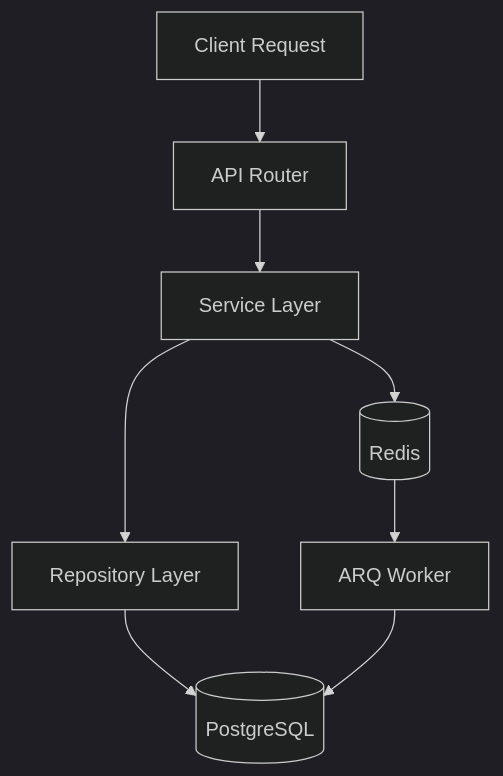
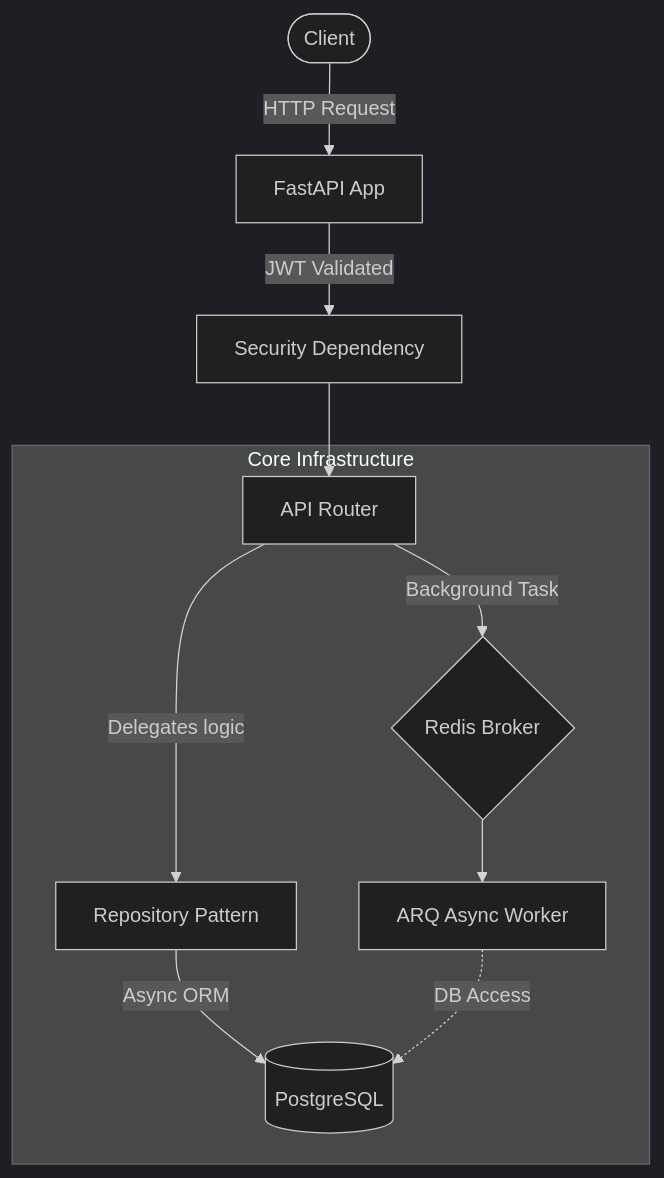
Before and after one commit to Khanz9664/FastAPI-Project-Starter: the diagram in README.md, drawn with Mermaid (dark theme).

Commit message:
Revise architecture diagram in README
Updated the architecture diagram to reflect changes in the request flow and components.

````diff
--- a/README.md
+++ b/README.md
@@ -111,21 +111,14 @@
 ```mermaid
-flowchart TD
-
-Client[Client Request]
-Router[API Router]
-Service[Service Layer]
-Repository[Repository Layer]
-Database[(PostgreSQL)]
-
-Redis[(Redis)]
-Worker[ARQ Worker]
-
-Client --> Router
-Router --> Service
-Service --> Repository
-Repository --> Database
-
-Service --> Redis
-Redis --> Worker
-Worker --> Database
+graph TD
+    Client([Client]) -->|HTTP Request| API[FastAPI App]
+    API -->|JWT Validated| Auth[Security Dependency]
+    Auth --> Router[API Router]
+    
+    subgraph Core Infrastructure
+        Router -->|Delegates logic| Repo[Repository Pattern]
+        Repo -->|Async ORM| DB[(PostgreSQL)]
+        Router -->|Background Task| Queue{Redis Broker}
+        Queue --> Worker[ARQ Async Worker]
+        Worker -.->|DB Access| DB
+    end
 ```
````
